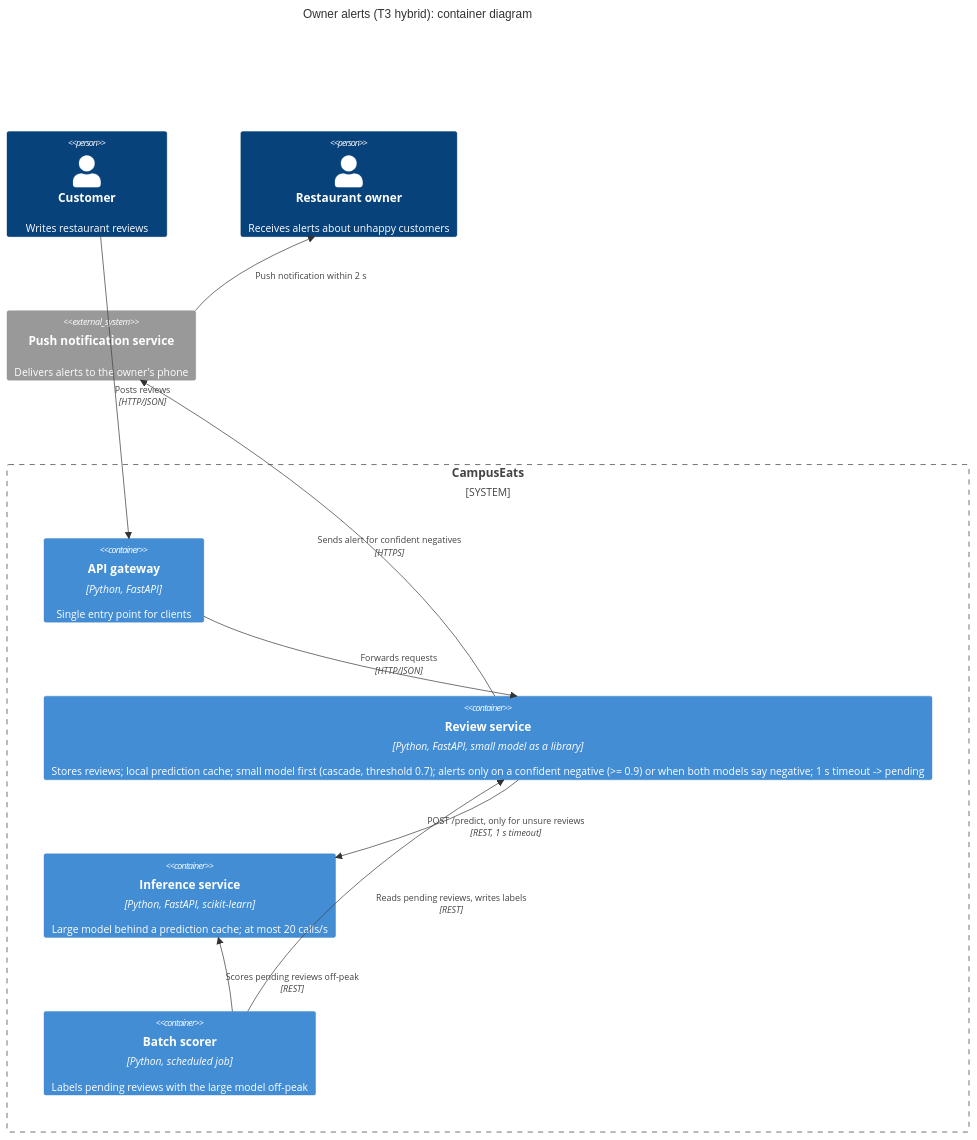
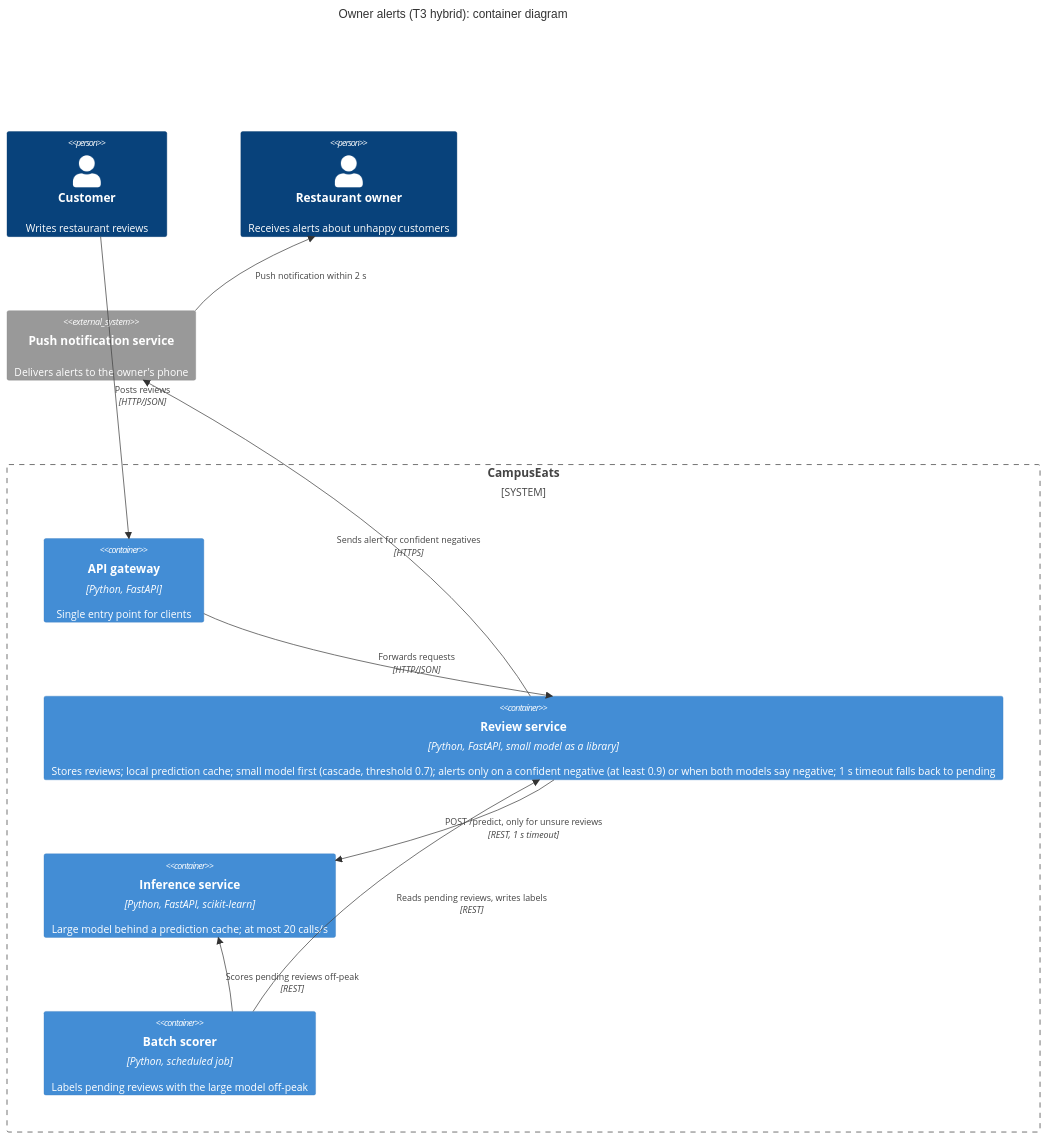
The diagram in worksheet/task4.md (AnapatAut/se4ai-arch4AI-cmkl), drawn with Mermaid before and after one commit.

Commit message:
Fix C4 diagram labels that GitHub's Mermaid renderer dropped
Claude-Session: https://claude.ai/code/session_01Ecp4rCvbg7tJwZKc6qWfuE

````diff
--- a/worksheet/task4.md
+++ b/worksheet/task4.md
@@ -47,21 +47,21 @@
 ```mermaid
 C4Container
     title Owner alerts (T3 hybrid): container diagram
     Person(customer, "Customer", "Writes restaurant reviews")
     Person(owner, "Restaurant owner", "Receives alerts about unhappy customers")
     System_Ext(push, "Push notification service", "Delivers alerts to the owner's phone")
     System_Boundary(campuseats, "CampusEats") {
         Container(gateway, "API gateway", "Python, FastAPI", "Single entry point for clients")
-        Container(review, "Review service", "Python, FastAPI, small model as a library", "Stores reviews; local prediction cache; small model first (cascade, threshold 0.7); alerts only on a confident negative (>= 0.9) or when both models say negative; 1 s timeout -> pending")
+        Container(review, "Review service", "Python, FastAPI, small model as a library", "Stores reviews; local prediction cache; small model first (cascade, threshold 0.7); alerts only on a confident negative (at least 0.9) or when both models say negative; 1 s timeout falls back to pending")
         Container(inference, "Inference service", "Python, FastAPI, scikit-learn", "Large model behind a prediction cache; at most 20 calls/s")
         Container(batch, "Batch scorer", "Python, scheduled job", "Labels pending reviews with the large model off-peak")
     }
     Rel(customer, gateway, "Posts reviews", "HTTP/JSON")
     Rel(gateway, review, "Forwards requests", "HTTP/JSON")
     Rel(review, inference, "POST /predict, only for unsure reviews", "REST, 1 s timeout")
     Rel(review, push, "Sends alert for confident negatives", "HTTPS")
     Rel(push, owner, "Push notification within 2 s")
     Rel(batch, review, "Reads pending reviews, writes labels", "REST")
     Rel(batch, inference, "Scores pending reviews off-peak", "REST")
     UpdateLayoutConfig($c4ShapeInRow="3", $c4BoundaryInRow="1")
 ```
````
